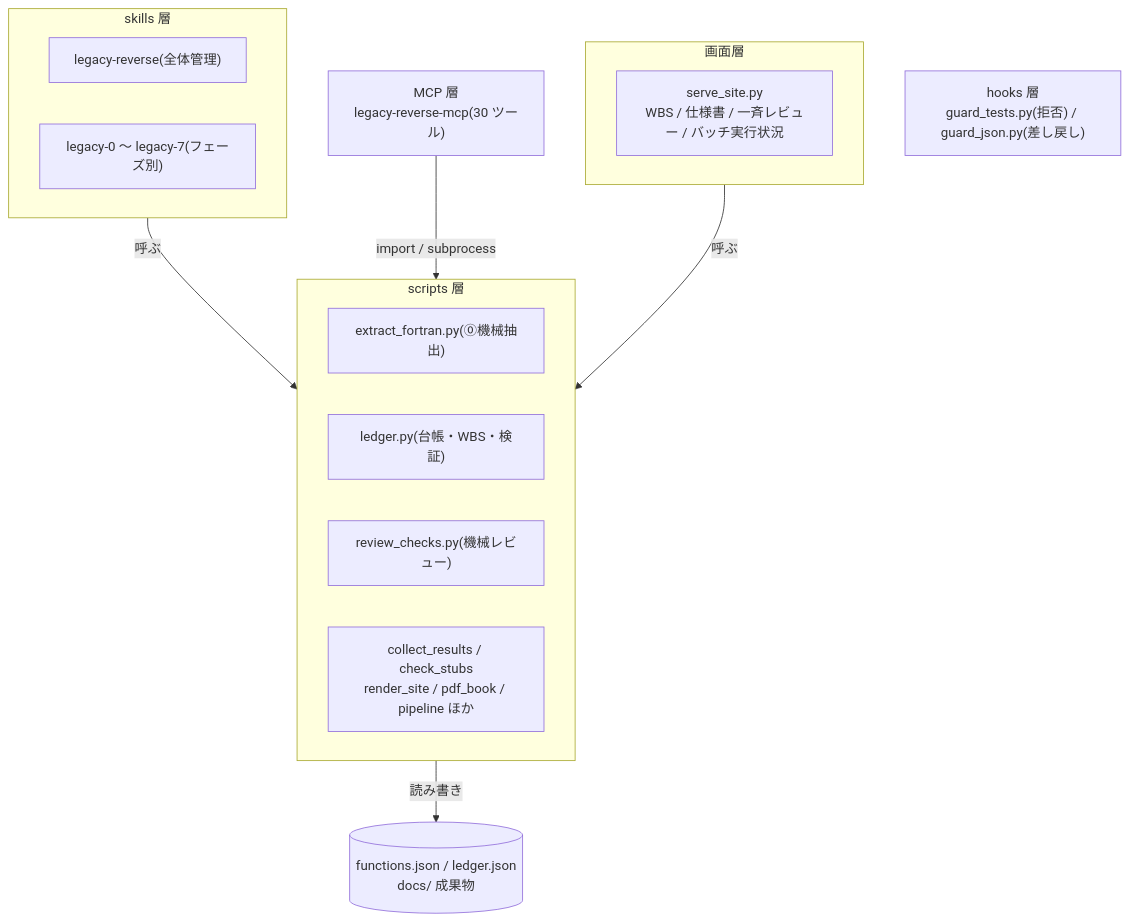
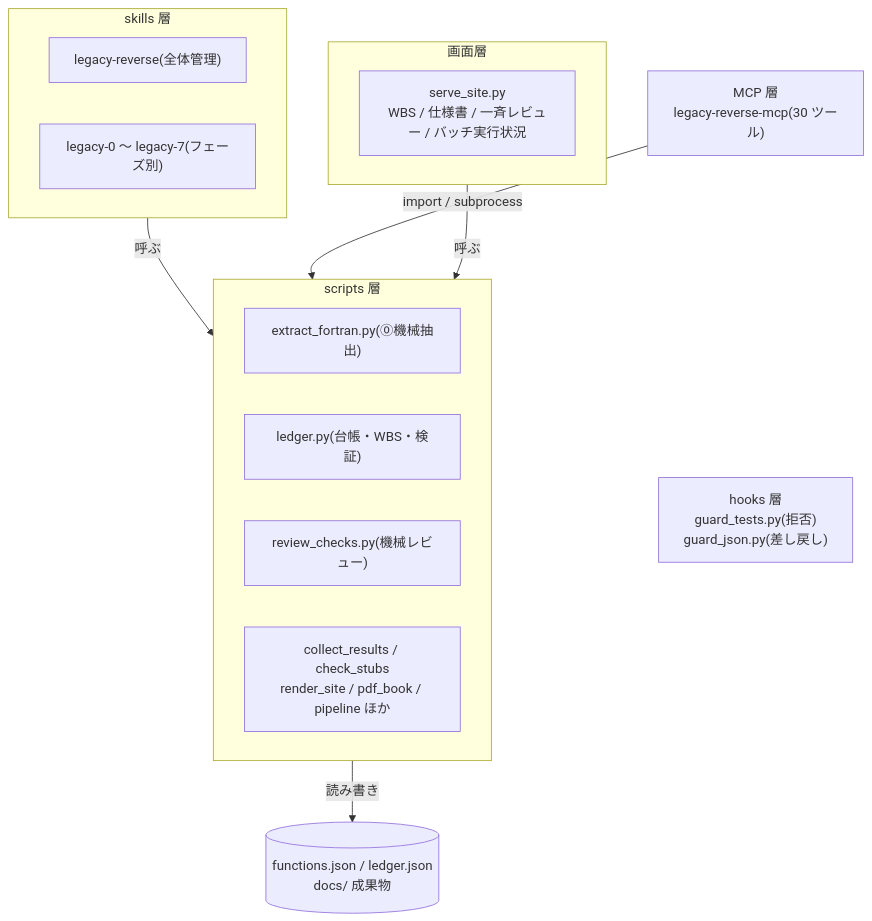
Before and after one commit to ctenopoma/skills: the second of 3 diagrams in docs/legacy-reverse/index.qmd, drawn with Mermaid. The commit also changed 11 other files, not shown here.

First line of the commit message:
legacy-reverse: WBSナビバーに「マニュアル」を追加。合本の見切れ図を修正

````diff
--- a/docs/legacy-reverse/index.qmd
+++ b/docs/legacy-reverse/index.qmd
@@ -61,25 +61,26 @@
 ```{mermaid}
 %%| label: fig-index-layers
 %%| fig-cap: "skills / scripts / MCP / hooks / 画面の呼び出し関係"
 
 flowchart TB
   subgraph L1["skills 層"]
     P["legacy-reverse(全体管理)"]
     S["legacy-0 〜 legacy-7(フェーズ別)"]
   end
   subgraph L2["scripts 層"]
     EX["extract_fortran.py(⓪機械抽出)"]
     LG["ledger.py(台帳・WBS・検証)"]
     RV["review_checks.py(機械レビュー)"]
     OT["collect_results / check_stubs<br/>render_site / pdf_book / pipeline ほか"]
   end
   subgraph L5["画面層"]
     UI["serve_site.py<br/>WBS / 仕様書 / 一斉レビュー / バッチ実行状況"]
   end
   L3["MCP 層<br/>legacy-reverse-mcp(30 ツール)"]
-  L4["hooks 層<br/>guard_tests.py(拒否) / guard_json.py(差し戻し)"]
+  L4["hooks 層<br/>guard_tests.py(拒否)<br/>guard_json.py(差し戻し)"]
+  L3 ~~~ L4
   L1 -->|呼ぶ| L2
   L3 -->|import / subprocess| L2
   L5 -->|呼ぶ| L2
   L2 -->|読み書き| D[("functions.json / ledger.json<br/>docs/ 成果物")]
 ```
````
